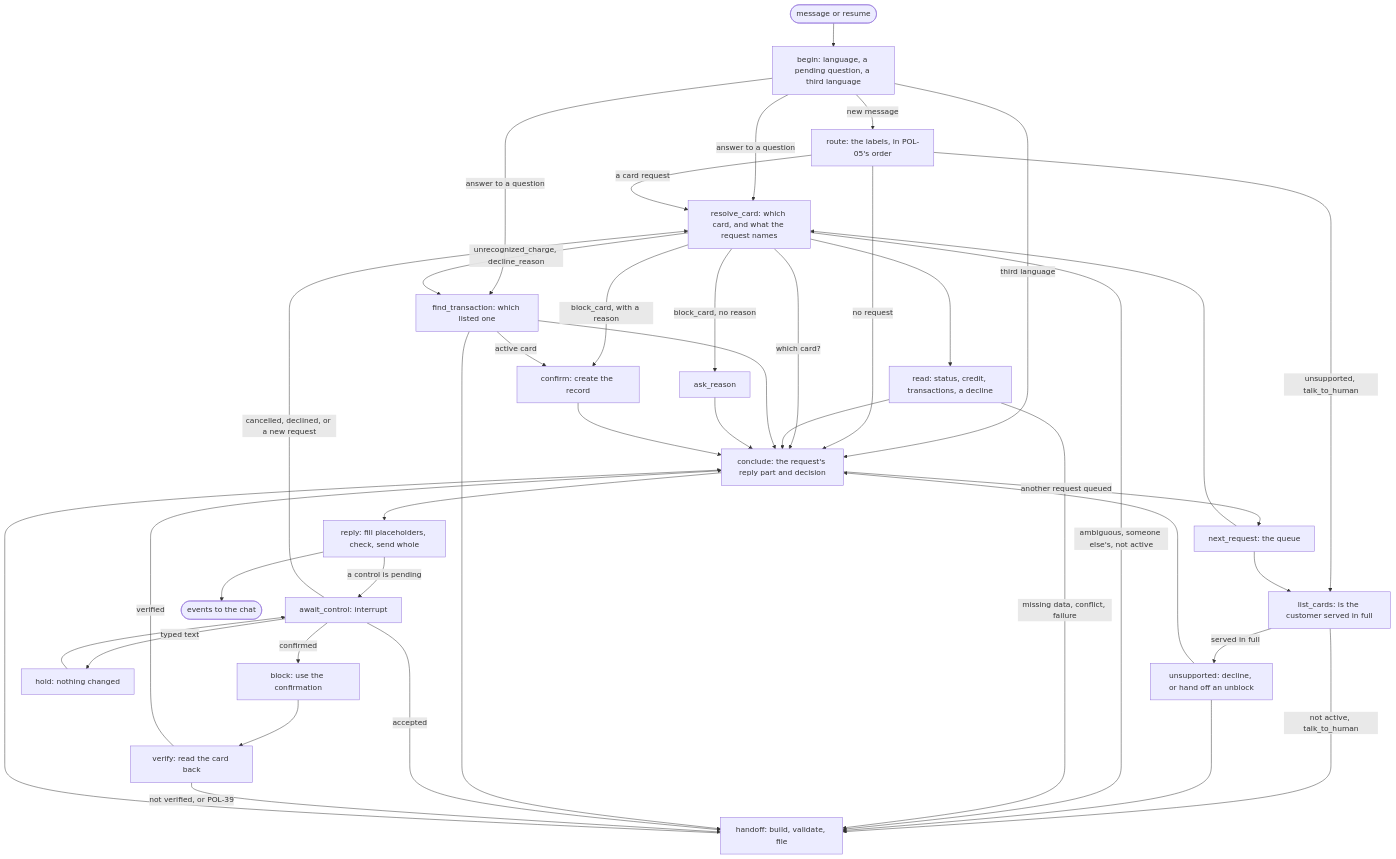
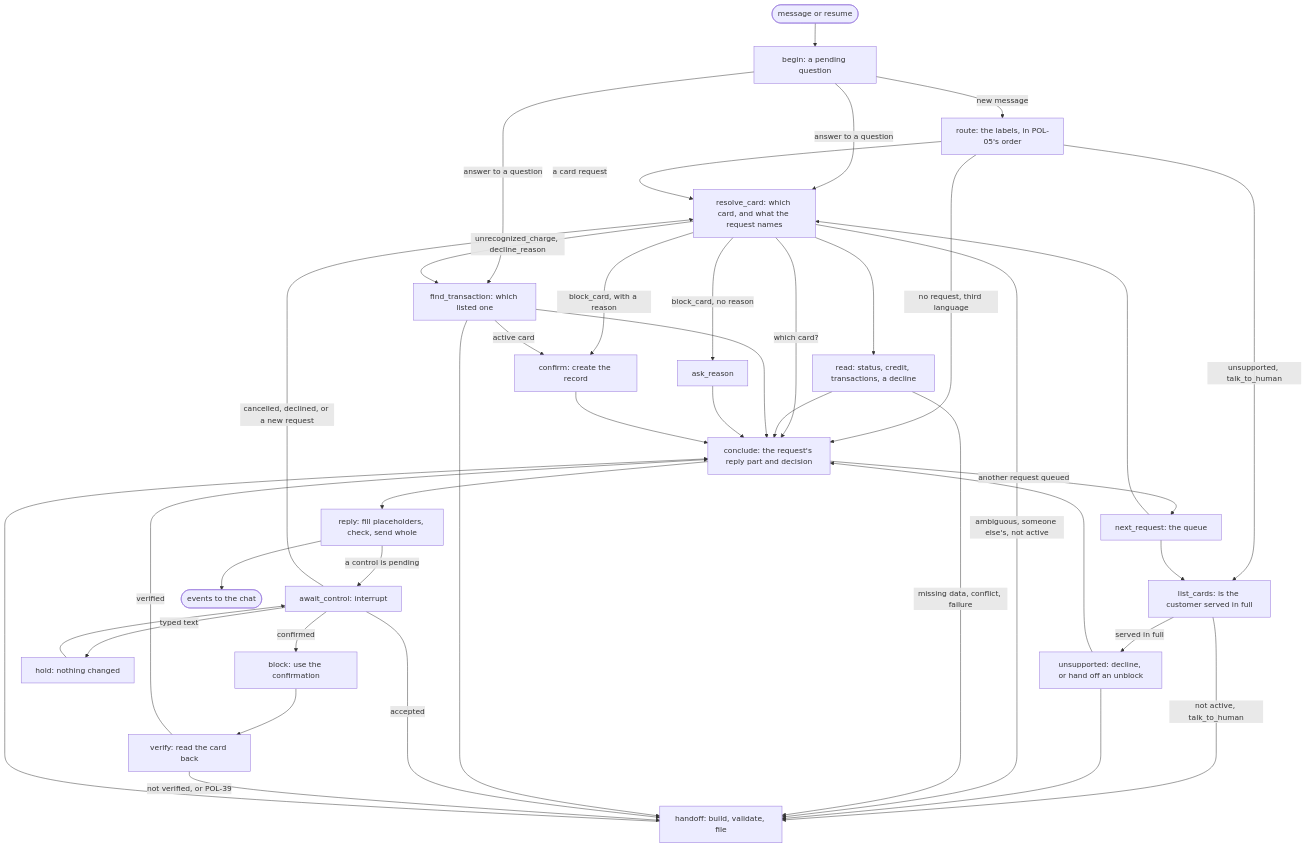
The second of 2 diagrams in docs/adr/0004-agent-architecture-on-agentcore.md (gafnts/factored-hackathon-2026-gafnts), drawn with Mermaid before and after one commit. The commit also changed other lines of this file and 2 other files, not shown here.

Commit message:
Read each message's language in the model call that reads it (ADR-0004 amended)

````diff
--- a/docs/adr/0004-agent-architecture-on-agentcore.md
+++ b/docs/adr/0004-agent-architecture-on-agentcore.md
@@ -109,62 +112,61 @@
 ```mermaid
 flowchart TD
   IN(["message or resume"])
-  BEGIN["begin: language, a pending question, a third language"]
+  BEGIN["begin: a pending question"]
   ROUTE["route: the labels, in POL-05's order"]
   LIST["list_cards: is the customer served in full"]
   UNSUP["unsupported: decline, or hand off an unblock"]
   CARD["resolve_card: which card, and what the request names"]
   READ["read: status, credit, transactions, a decline"]
   FIND["find_transaction: which listed one"]
   REASON["ask_reason"]
   CONFIRM["confirm: create the record"]
   CONCLUDE["conclude: the request's reply part and decision"]
   NEXT["next_request: the queue"]
   REPLY["reply: fill placeholders, check, send whole"]
   AWAIT["await_control: interrupt"]
   HOLD["hold: nothing changed"]
   BLOCK["block: use the confirmation"]
   VERIFY["verify: read the card back"]
   HANDOFF["handoff: build, validate, file"]
   OUT(["events to the chat"])
   IN --> BEGIN
   BEGIN -->|"new message"| ROUTE
   BEGIN -->|"answer to a question"| CARD
   BEGIN -->|"answer to a question"| FIND
-  BEGIN -->|"third language"| CONCLUDE
   ROUTE -->|"a card request"| CARD
   ROUTE -->|"unsupported, talk_to_human"| LIST
-  ROUTE -->|"no request"| CONCLUDE
+  ROUTE -->|"no request, third language"| CONCLUDE
   LIST -->|"not active, talk_to_human"| HANDOFF
   LIST -->|"served in full"| UNSUP
   UNSUP --> HANDOFF
   UNSUP --> CONCLUDE
   CARD --> READ
   CARD -->|"unrecognized_charge, decline_reason"| FIND
   CARD -->|"block_card, no reason"| REASON
   CARD -->|"block_card, with a reason"| CONFIRM
   CARD -->|"ambiguous, someone else's, not active"| HANDOFF
   CARD -->|"which card?"| CONCLUDE
   READ --> CONCLUDE
   READ -->|"missing data, conflict, failure"| HANDOFF
   FIND -->|"active card"| CONFIRM
   FIND --> HANDOFF
   FIND --> CONCLUDE
   REASON --> CONCLUDE
   CONFIRM --> CONCLUDE
   CONCLUDE -->|"another request queued"| NEXT
   NEXT --> CARD
   NEXT --> LIST
   CONCLUDE --> REPLY
   REPLY -->|"a control is pending"| AWAIT
   REPLY --> OUT
   AWAIT -->|"confirmed"| BLOCK
   AWAIT -->|"accepted"| HANDOFF
   AWAIT -->|"cancelled, declined, or a new request"| CARD
   AWAIT -->|"typed text"| HOLD
   HOLD --> AWAIT
   BLOCK --> VERIFY
   VERIFY -->|"verified"| CONCLUDE
   VERIFY -->|"not verified, or POL-39"| HANDOFF
   HANDOFF --> CONCLUDE
 ```
````
